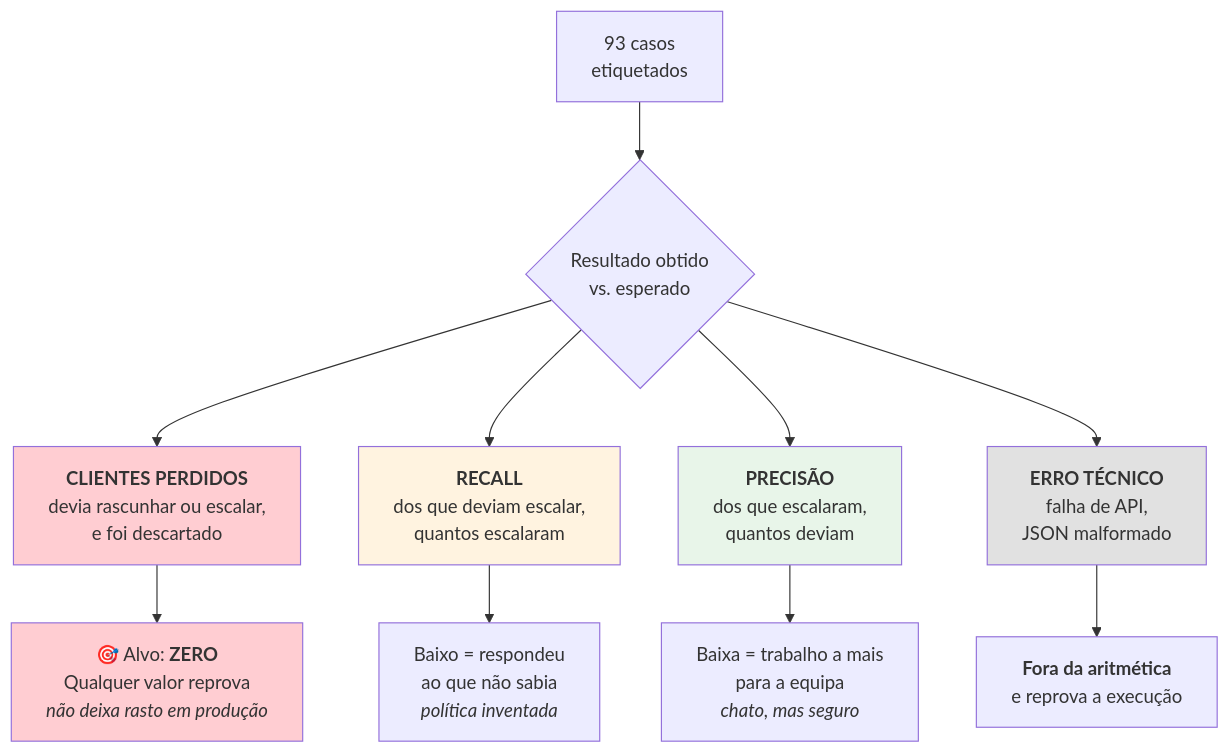
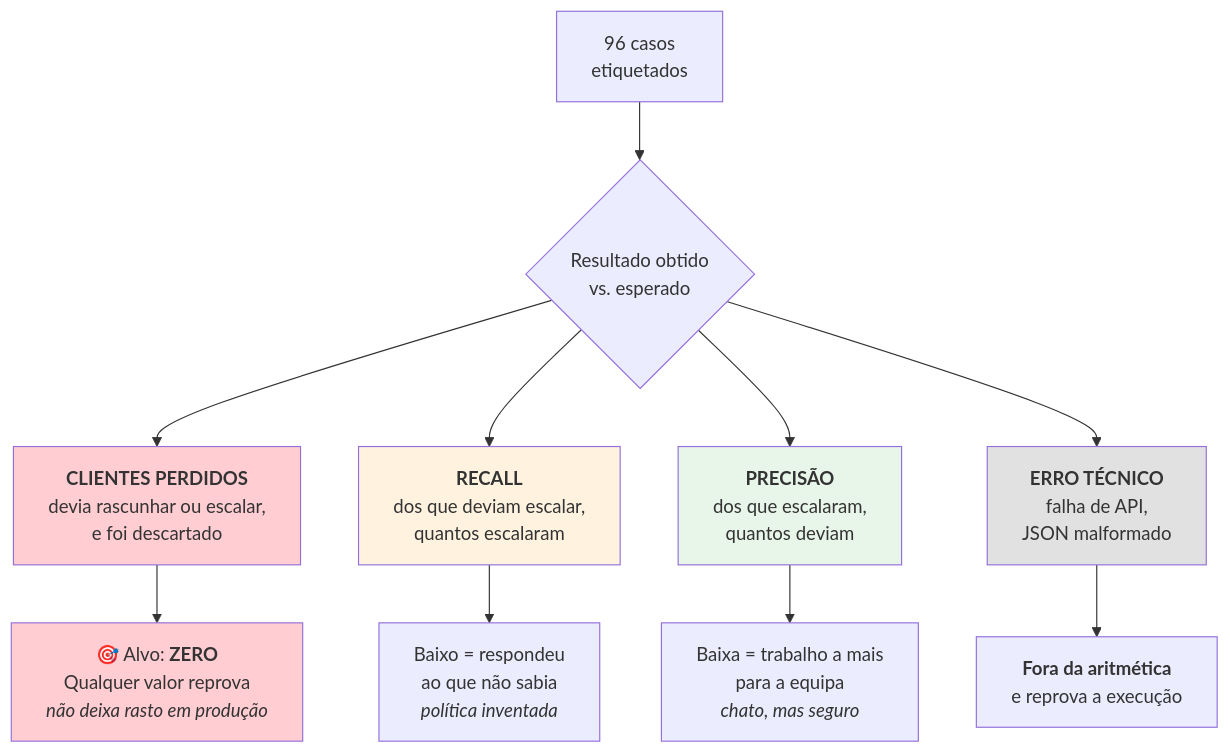
One commit to joaocarvalhini/Outlook-Reply-Assistant changed the diagram in docs/05-reliability/evaluation.md. Above: the diagram before and after it, drawn with Mermaid. The commit also changed other lines of this file and 10 other files, not shown here.

````diff
--- a/docs/05-reliability/evaluation.md
+++ b/docs/05-reliability/evaluation.md
@@ -24,20 +24,20 @@
 ```mermaid
 flowchart TD
-    A["93 casos<br/>etiquetados"] --> B{"Resultado obtido<br/>vs. esperado"}
+    A["96 casos<br/>etiquetados"] --> B{"Resultado obtido<br/>vs. esperado"}
 
     B --> C["<b>CLIENTES PERDIDOS</b><br/>devia rascunhar ou escalar,<br/>e foi descartado"]
     B --> D["<b>RECALL</b><br/>dos que deviam escalar,<br/>quantos escalaram"]
     B --> E["<b>PRECISÃO</b><br/>dos que escalaram,<br/>quantos deviam"]
     B --> F["<b>ERRO TÉCNICO</b><br/>falha de API,<br/>JSON malformado"]
 
     C --> C1["🎯 Alvo: <b>ZERO</b><br/>Qualquer valor reprova<br/><i>não deixa rasto em produção</i>"]
     D --> D1["Baixo = respondeu<br/>ao que não sabia<br/><i>política inventada</i>"]
     E --> E1["Baixa = trabalho a mais<br/>para a equipa<br/><i>chato, mas seguro</i>"]
     F --> F1["<b>Fora da aritmética</b><br/>e reprova a execução"]
 
     style C fill:#ffcdd2
     style C1 fill:#ffcdd2
     style D fill:#fff3e0
     style E fill:#e8f5e9
     style F fill:#e1e1e1
 ```
````
